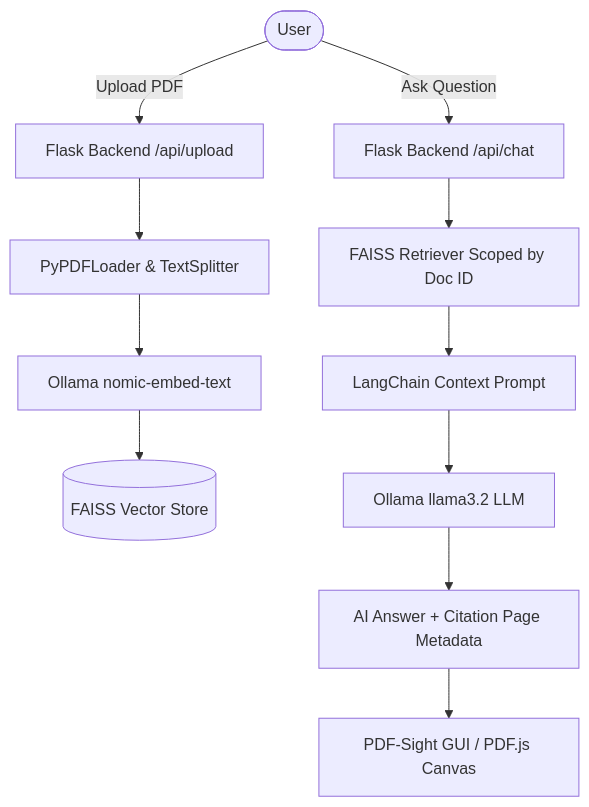
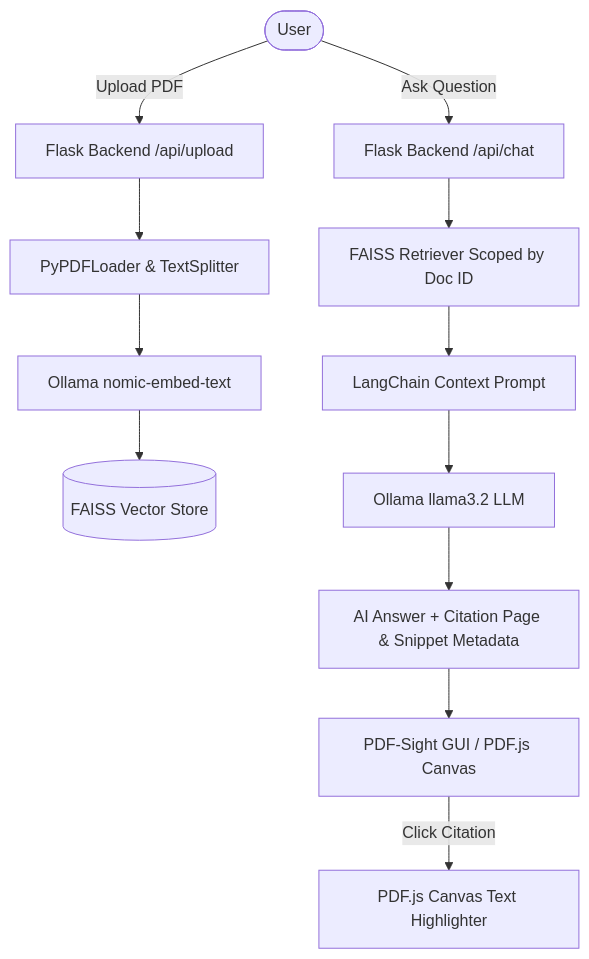
One commit to Eman-Nadeem/pdf-sight-langchain-rag changed the diagram in README.md. Above: the diagram before and after it, drawn with Mermaid. The commit also changed other lines of this file and 6 other files, not shown here.

````diff
--- a/README.md
+++ b/README.md
@@ -49,14 +53,15 @@
 ```mermaid
 graph TD
     User([User]) -->|Upload PDF| Flask[Flask Backend /api/upload]
     Flask --> Loader[PyPDFLoader & TextSplitter]
     Loader --> Embedder[Ollama nomic-embed-text]
     Embedder --> FAISS[(FAISS Vector Store)]
 
     User -->|Ask Question| Chat[Flask Backend /api/chat]
     Chat --> Retriever[FAISS Retriever Scoped by Doc ID]
     Retriever --> Prompt[LangChain Context Prompt]
     Prompt --> LLM[Ollama llama3.2 LLM]
-    LLM --> Answer[AI Answer + Citation Page Metadata]
+    LLM --> Answer[AI Answer + Citation Page & Snippet Metadata]
     Answer --> UI[PDF-Sight GUI / PDF.js Canvas]
+    UI -->|Click Citation| Highlight[PDF.js Canvas Text Highlighter]
 ```
````
